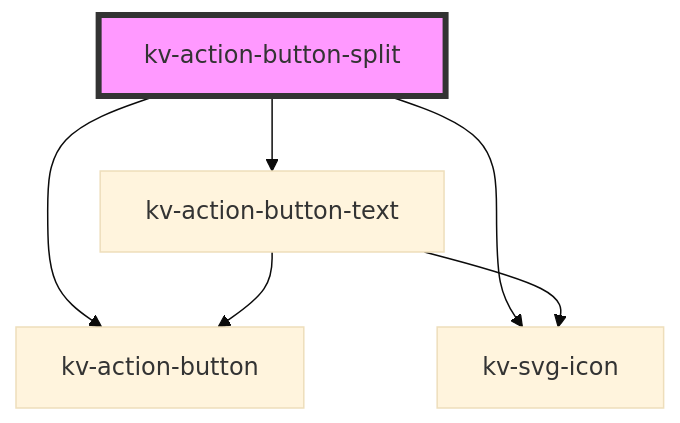
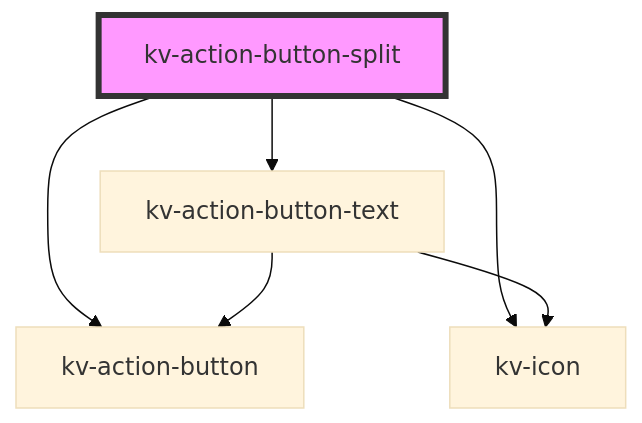
Before and after one commit to kelvininc/ui-components: the diagram in packages/ui-components/src/components/action-button-split/readme.md, drawn with Mermaid (base theme). The commit also changed other lines of this file and 54 other files, not shown here.

Commit message:
refactor(icon): rename `kv-svg-icon` to `kv-icon` BREAKING CHANGE: `kv-svg-icon` custom element is now `kv-icon`

````diff
--- a/packages/ui-components/src/components/action-button-split/readme.md
+++ b/packages/ui-components/src/components/action-button-split/readme.md
@@ -113,9 +113,9 @@
 ```mermaid
 graph TD;
   kv-action-button-split --> kv-action-button-text
   kv-action-button-split --> kv-action-button
-  kv-action-button-split --> kv-svg-icon
+  kv-action-button-split --> kv-icon
   kv-action-button-text --> kv-action-button
-  kv-action-button-text --> kv-svg-icon
+  kv-action-button-text --> kv-icon
   style kv-action-button-split fill:#f9f,stroke:#333,stroke-width:4px
 ```
````
